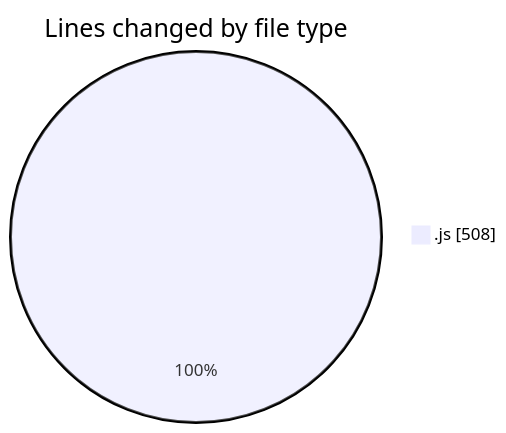
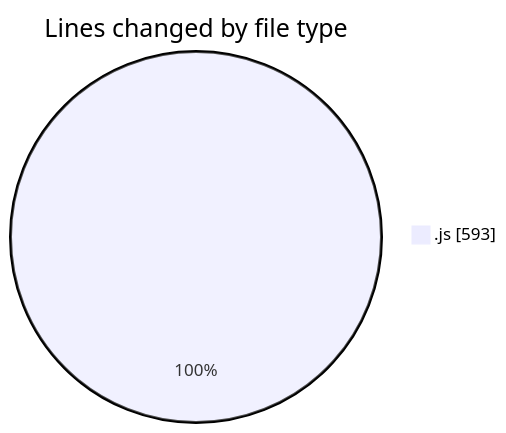
Before and after one commit to Ritupan-Deka/code-tracking: the first of 2 diagrams in 2025-07-26/javascript/README.md, drawn with Mermaid. The commit also changed other lines of this file and 1 other file, not shown here.

````diff
--- a/2025-07-26/javascript/README.md
+++ b/2025-07-26/javascript/README.md
@@ -20,5 +20,5 @@
 ```mermaid
 pie showData
 title Lines changed by file type
-".js" : 508
+".js" : 593
 ```
````
